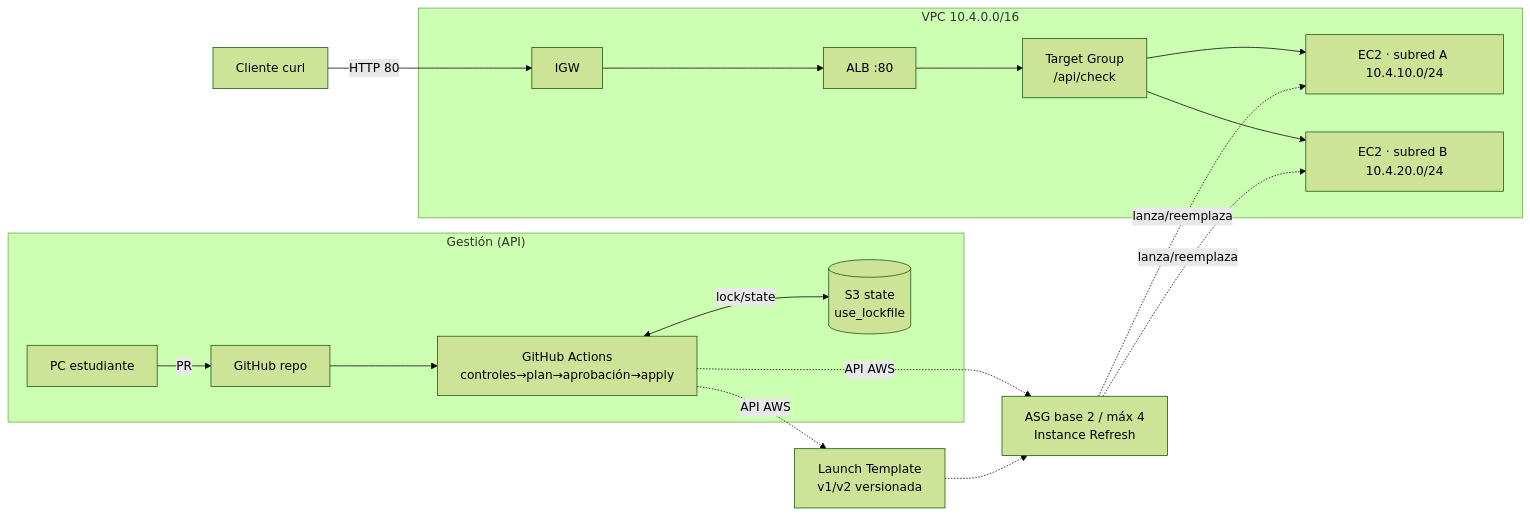
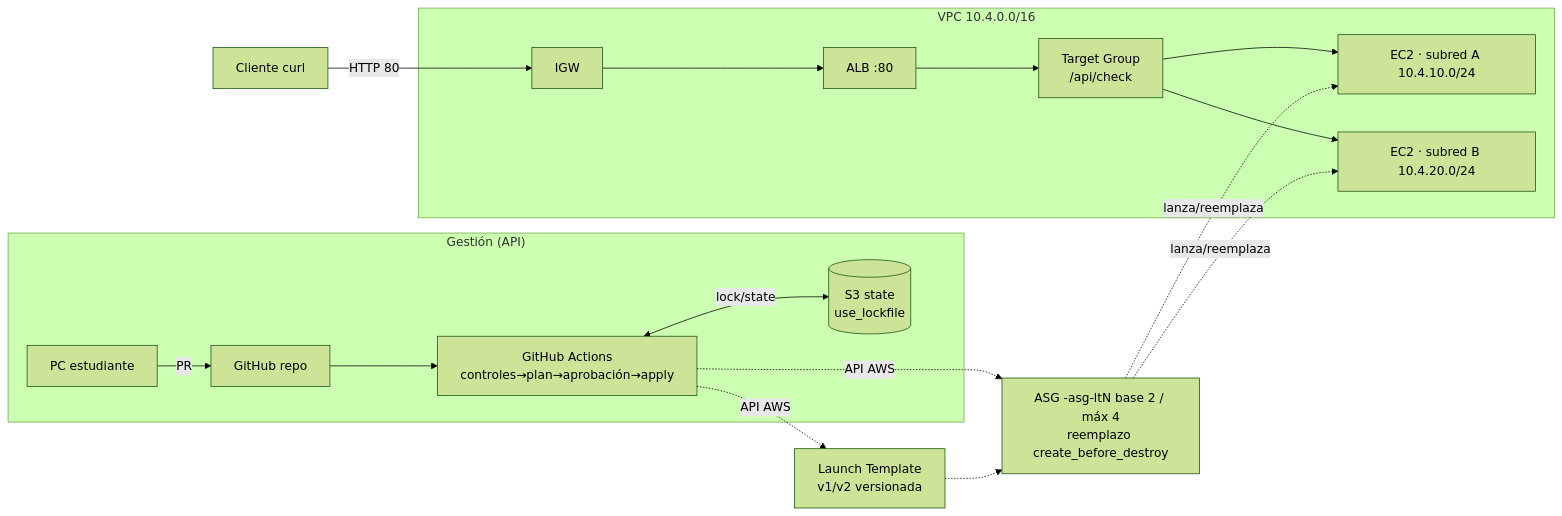
One commit to Qernqo/nexoandes-u2-a004 changed the diagram in README.md. Above: the diagram before and after it, drawn with Mermaid (forest theme). The commit also changed other lines of this file and 2 other files, not shown here.

Commit message:
docs: diagrama con valores reales, decisiones adaptadas y declaración de IA

````diff
--- a/README.md
+++ b/README.md
@@ -24,18 +24,18 @@
 ```mermaid
 flowchart LR
   subgraph Gestion["Gestión (API)"]
     PC[PC estudiante] -- PR --> GH[GitHub repo]
     GH --> GA[GitHub Actions<br/>controles→plan→aprobación→apply]
     GA <-- lock/state --> S3[(S3 state<br/>use_lockfile)]
   end
   GA -. API AWS .-> LT[Launch Template<br/>v1/v2 versionada]
-  GA -. API AWS .-> ASG[ASG base 2 / máx 4<br/>Instance Refresh]
+  GA -. API AWS .-> ASG[ASG -asg-ltN base 2 / máx 4<br/>reemplazo create_before_destroy]
   LT -.-> ASG
   subgraph VPC["VPC 10.4.0.0/16"]
     IGW[IGW] --> ALB[ALB :80] --> TG[Target Group<br/>/api/check]
     TG --> A[EC2 · subred A 10.4.10.0/24]
     TG --> B[EC2 · subred B 10.4.20.0/24]
   end
   ASG -. lanza/reemplaza .-> A & B
   C[Cliente curl] -->|HTTP 80| IGW
 ```
````
